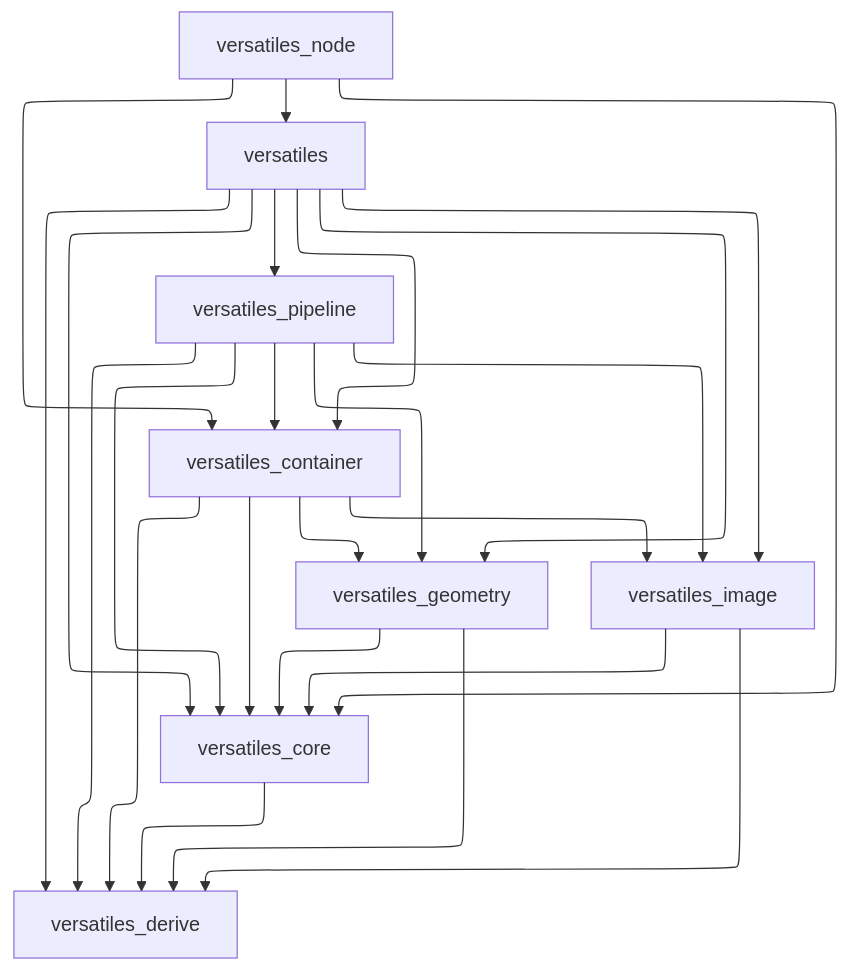
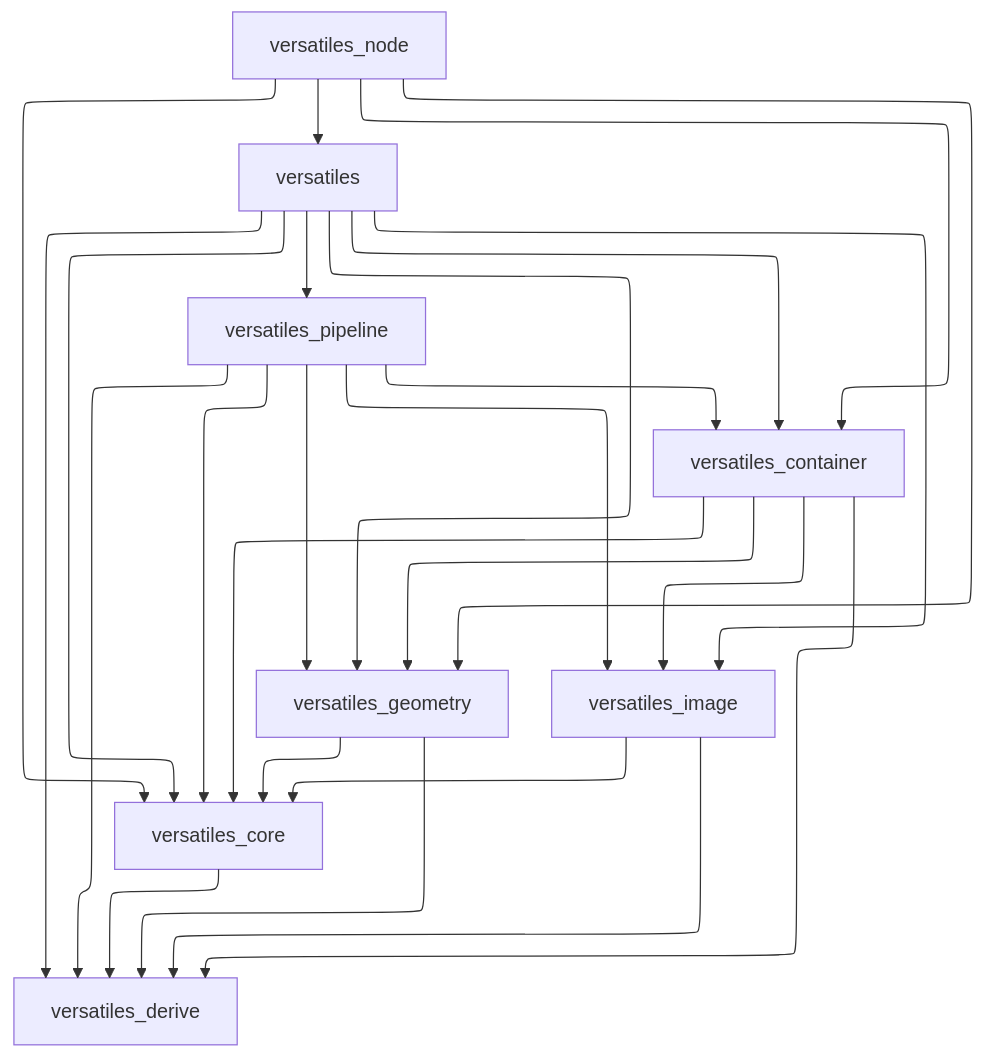
One commit to versatiles-org/versatiles-rs changed the diagram in README.md. Above: the diagram before and after it, drawn with Mermaid. The commit also changed other lines of this file, not shown here.

````diff
--- a/README.md
+++ b/README.md
@@ -1140,30 +1152,31 @@
 ```mermaid
 ---
 config:
   layout: elk
 ---
 flowchart TB
     versatiles --> versatiles_container
     versatiles --> versatiles_core
     versatiles --> versatiles_derive
     versatiles --> versatiles_geometry
     versatiles --> versatiles_image
     versatiles --> versatiles_pipeline
     versatiles_container --> versatiles_core
     versatiles_container --> versatiles_derive
     versatiles_container --> versatiles_geometry
     versatiles_container --> versatiles_image
     versatiles_core --> versatiles_derive
     versatiles_geometry --> versatiles_core
     versatiles_geometry --> versatiles_derive
     versatiles_image --> versatiles_core
     versatiles_image --> versatiles_derive
     versatiles_node --> versatiles
     versatiles_node --> versatiles_container
     versatiles_node --> versatiles_core
+    versatiles_node --> versatiles_geometry
     versatiles_pipeline --> versatiles_container
     versatiles_pipeline --> versatiles_core
     versatiles_pipeline --> versatiles_derive
     versatiles_pipeline --> versatiles_geometry
     versatiles_pipeline --> versatiles_image
 ```
````
